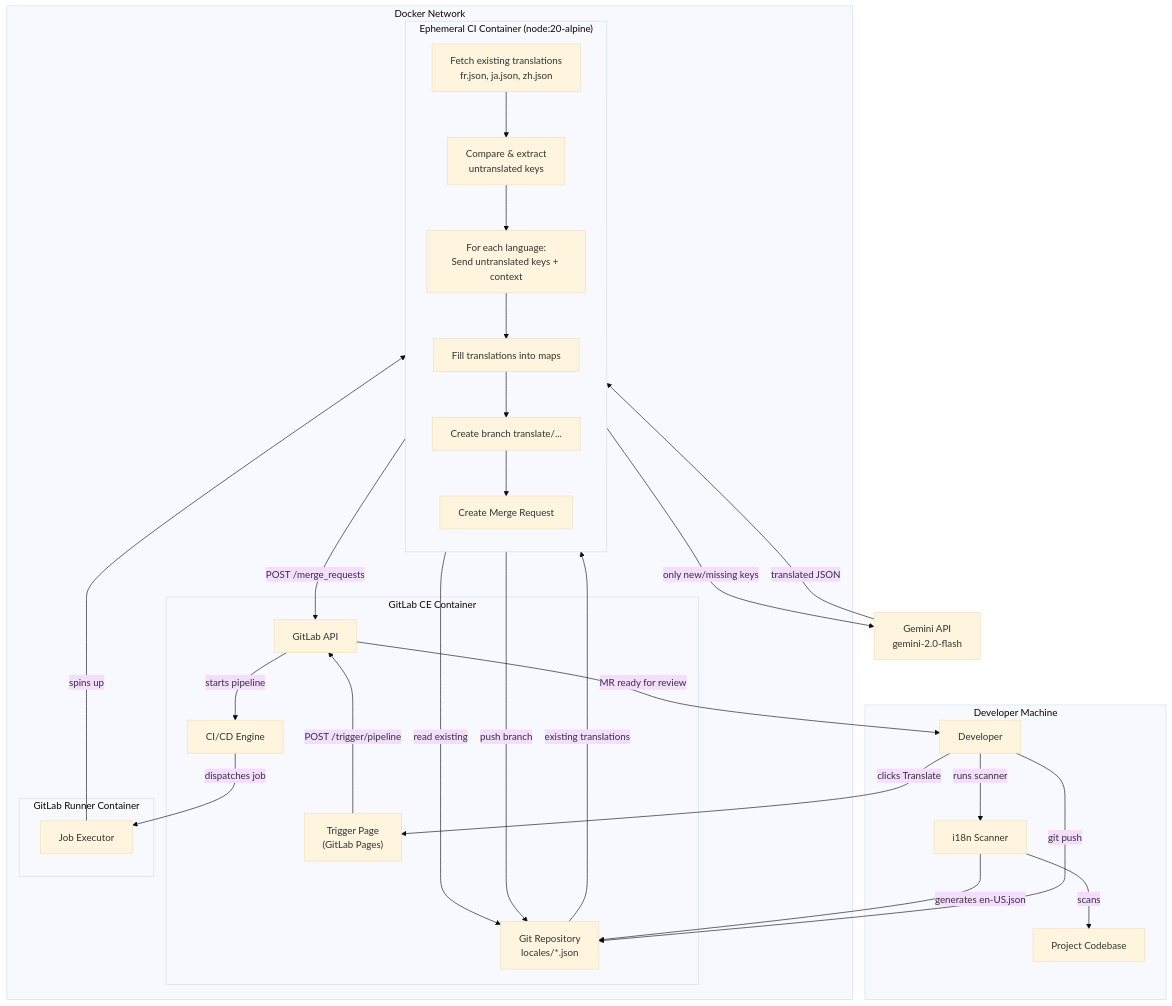
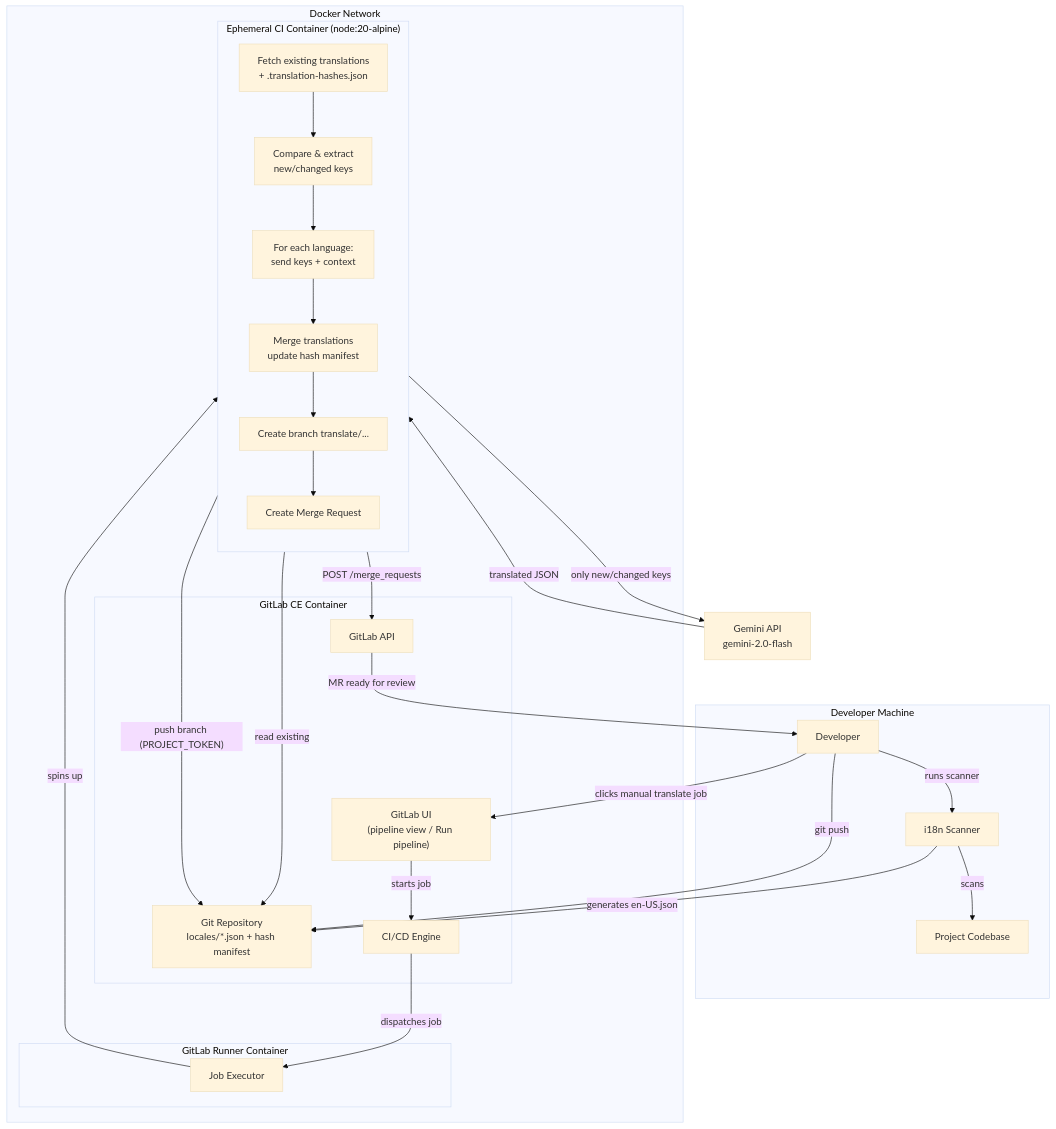
The second of 3 diagrams in README.md (jadecubes/free-translation-platform-buildup), drawn with Mermaid (base theme) before and after one commit. The commit also changed other lines of this file and 16 other files, not shown here.

First line of the commit message:
Simplify translation flow: manual CI job as trigger + re-translate edited source values (#16)

````diff
--- a/README.md
+++ b/README.md
@@ -357,62 +393,60 @@
 ```mermaid
 graph TB
     subgraph "Developer Machine"
         USER["Developer"]
         SCANNER["i18n Scanner"]
         CODEBASE["Project Codebase"]
     end
 
     subgraph "Docker Network"
         subgraph "GitLab CE Container"
-            PAGES["Trigger Page<br/>(GitLab Pages)"]
-            GITLAB_REPO["Git Repository<br/>locales/*.json"]
+            GITLAB_UI["GitLab UI<br/>(pipeline view / Run pipeline)"]
+            GITLAB_REPO["Git Repository<br/>locales/*.json + hash manifest"]
             GITLAB_API["GitLab API"]
             GITLAB_CI_ENGINE["CI/CD Engine"]
         end
 
         subgraph "GitLab Runner Container"
             RUNNER["Job Executor"]
         end
 
         subgraph "Ephemeral CI Container (node:20-alpine)"
             direction TB
-            CI_FETCH["Fetch existing translations<br/>fr.json, ja.json, zh.json"]
-            CI_COMPARE["Compare & extract<br/>untranslated keys"]
-            CI_GEMINI_LOOP["For each language:<br/>Send untranslated keys + context"]
-            CI_FILL["Fill translations into maps"]
+            CI_FETCH["Fetch existing translations<br/>+ .translation-hashes.json"]
+            CI_COMPARE["Compare & extract<br/>new/changed keys"]
+            CI_GEMINI_LOOP["For each language:<br/>send keys + context"]
+            CI_FILL["Merge translations<br/>update hash manifest"]
             CI_BRANCH["Create branch translate/..."]
             CI_MR["Create Merge Request"]
         end
     end
 
     GEMINI["Gemini API<br/>gemini-2.0-flash"]
 
     %% i18n scanner flow
     USER -->|"runs scanner"| SCANNER
     SCANNER -->|"scans"| CODEBASE
     SCANNER -->|"generates en-US.json"| GITLAB_REPO
     USER -->|"git push"| GITLAB_REPO
 
     %% Trigger flow
-    USER -->|"clicks Translate"| PAGES
-    PAGES -->|"POST /trigger/pipeline"| GITLAB_API
-    GITLAB_API -->|"starts pipeline"| GITLAB_CI_ENGINE
+    USER -->|"clicks manual translate job"| GITLAB_UI
+    GITLAB_UI -->|"starts job"| GITLAB_CI_ENGINE
     GITLAB_CI_ENGINE -->|"dispatches job"| RUNNER
     RUNNER -->|"spins up"| CI_FETCH
 
     %% CI pipeline flow
     CI_FETCH -->|"read existing"| GITLAB_REPO
-    GITLAB_REPO -->|"existing translations"| CI_FETCH
     CI_FETCH --> CI_COMPARE
     CI_COMPARE --> CI_GEMINI_LOOP
-    CI_GEMINI_LOOP -->|"only new/missing keys"| GEMINI
+    CI_GEMINI_LOOP -->|"only new/changed keys"| GEMINI
     GEMINI -->|"translated JSON"| CI_GEMINI_LOOP
     CI_GEMINI_LOOP --> CI_FILL
     CI_FILL --> CI_BRANCH
-    CI_BRANCH -->|"push branch"| GITLAB_REPO
+    CI_BRANCH -->|"push branch (PROJECT_TOKEN)"| GITLAB_REPO
     CI_BRANCH --> CI_MR
     CI_MR -->|"POST /merge_requests"| GITLAB_API
 
     %% Review
     GITLAB_API -->|"MR ready for review"| USER
 ```
````
